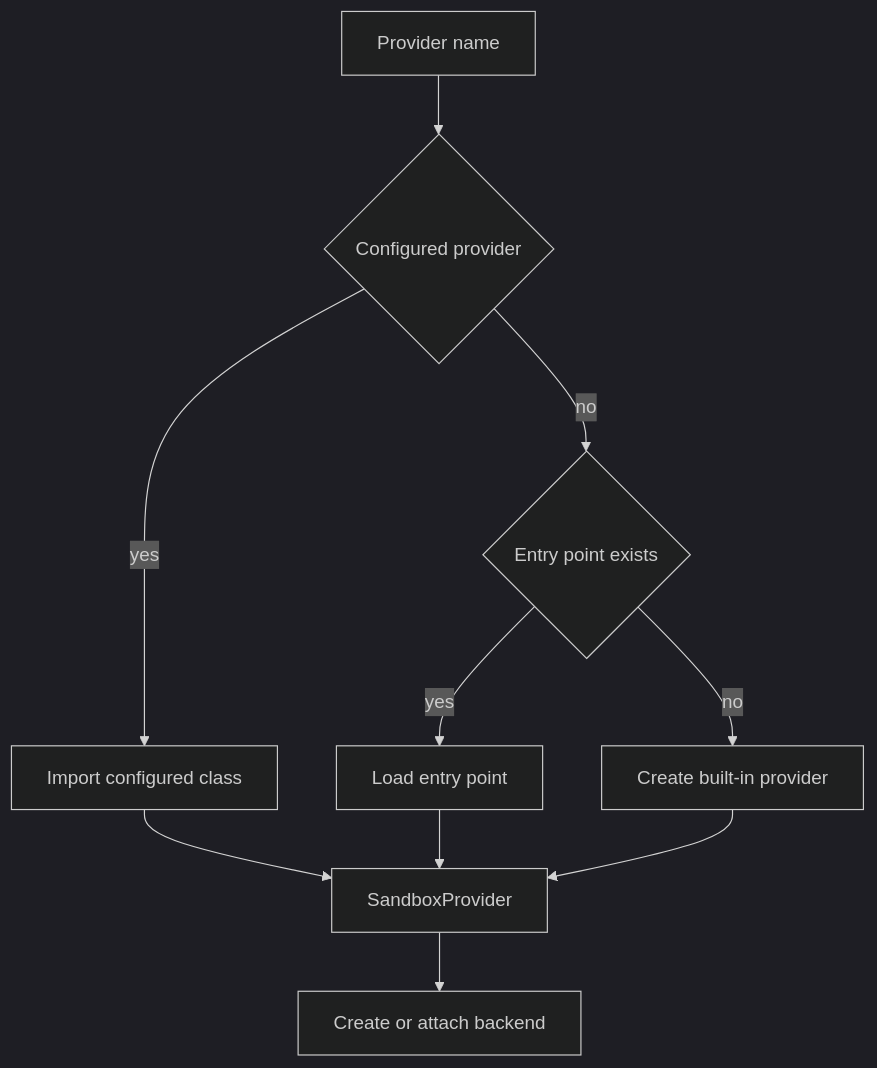
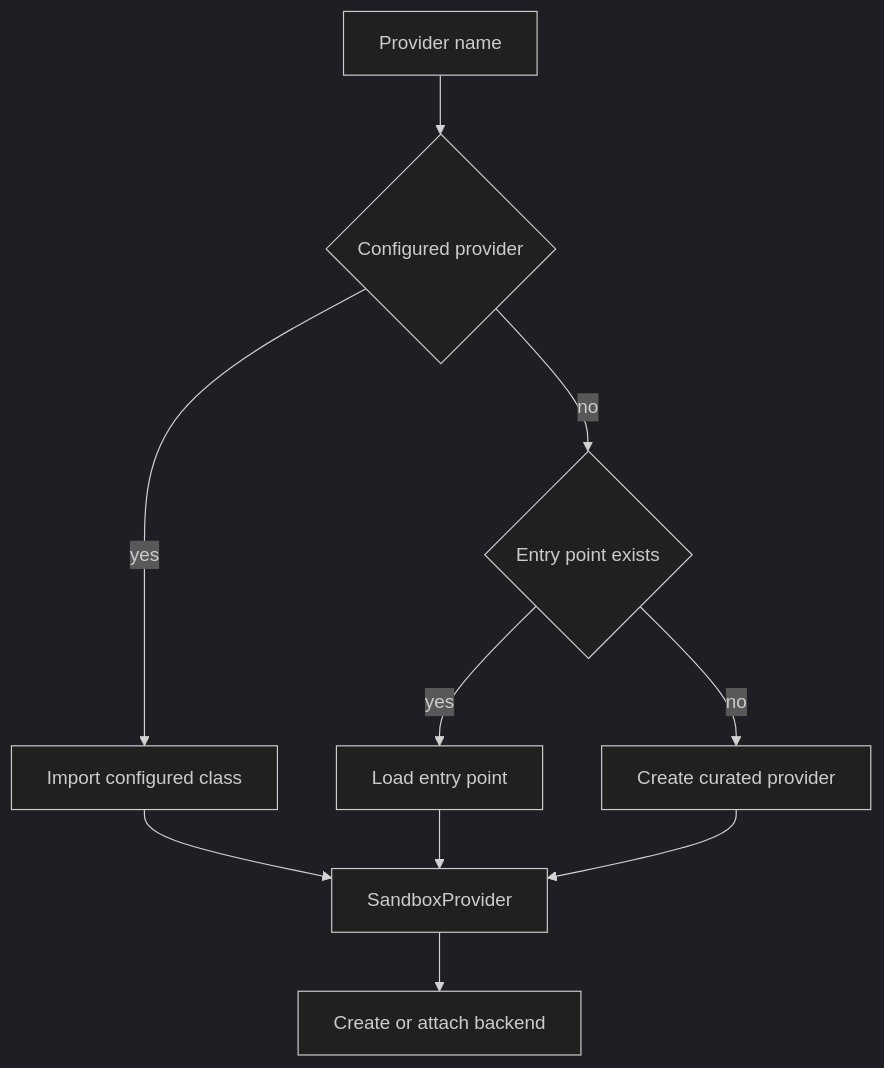
One commit to langchain-ai/deepagents changed the first of 3 diagrams in openwiki/integrations/sandbox-partners.md. Above: the diagram before and after it, drawn with Mermaid (dark theme). The commit also changed other lines of this file and 23 other files, not shown here.

````diff
--- a/openwiki/integrations/sandbox-partners.md
+++ b/openwiki/integrations/sandbox-partners.md
@@ -73,12 +75,12 @@
 ```mermaid
 flowchart TD
     Request["Provider name"] --> Config{"Configured provider"}
     Config -->|yes| Import["Import configured class"]
     Config -->|no| Entry{"Entry point exists"}
     Entry -->|yes| Load["Load entry point"]
-    Entry -->|no| Builtin["Create built-in provider"]
+    Entry -->|no| Builtin["Create curated provider"]
     Import --> Provider["SandboxProvider"]
     Load --> Provider
     Builtin --> Provider
     Provider --> Backend["Create or attach backend"]
 ```
````
